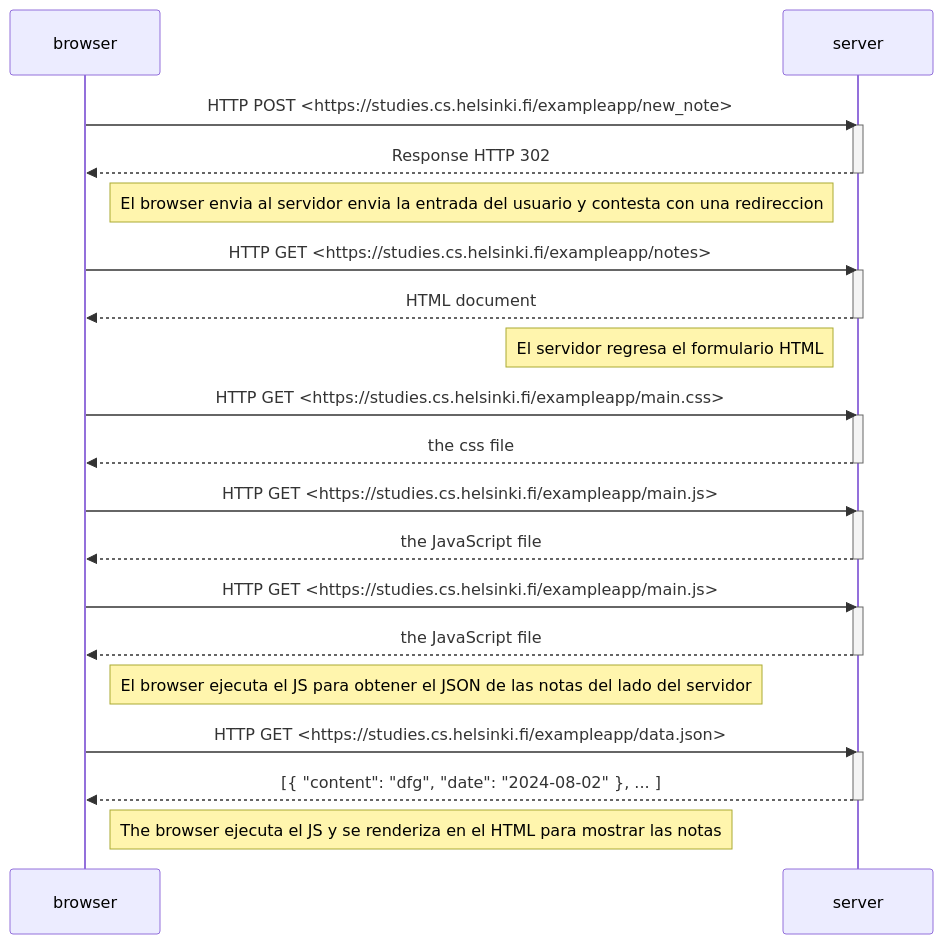
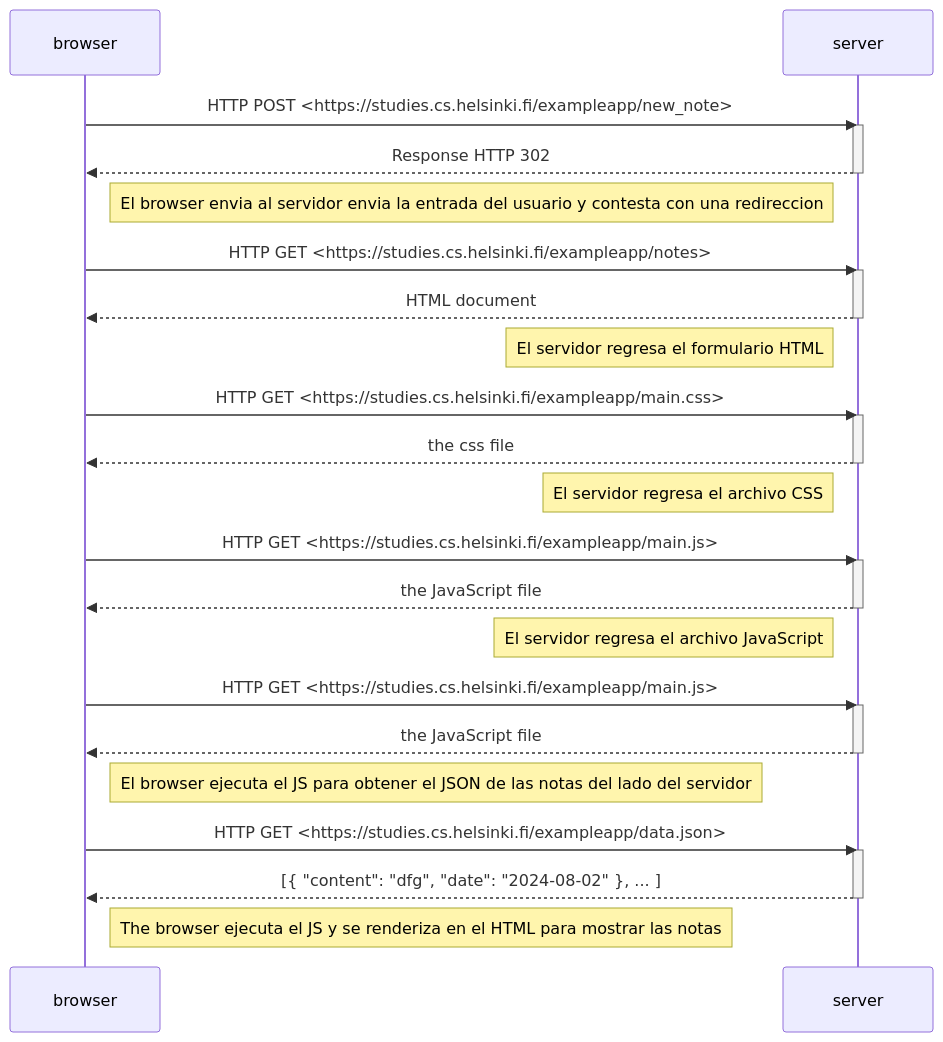
Before and after one commit to sirknio/exerc_hels_0: the first of 3 diagrams in README.md, drawn with Mermaid. The commit also changed other lines of this file, not shown here.

````diff
--- a/README.md
+++ b/README.md
@@ -6,47 +6,51 @@
 ```mermaid
 
 sequenceDiagram
     participant browser
     participant server
 
     browser->>server: HTTP POST <https://studies.cs.helsinki.fi/exampleapp/new_note>
     activate server
     server-->>browser: Response HTTP 302
     deactivate server
 
     Note right of browser: El browser envia al servidor envia la entrada del usuario y contesta con una redireccion
 
     browser->>server: HTTP GET <https://studies.cs.helsinki.fi/exampleapp/notes>
     activate server
     server-->>browser: HTML document
     deactivate server
 
     Note left of server: El servidor regresa el formulario HTML
 
     browser->>server: HTTP GET <https://studies.cs.helsinki.fi/exampleapp/main.css>
     activate server
     server-->>browser: the css file
     deactivate server
 
+    Note left of server: El servidor regresa el archivo CSS
+
     browser->>server: HTTP GET <https://studies.cs.helsinki.fi/exampleapp/main.js>
     activate server
     server-->>browser: the JavaScript file
     deactivate server
+
+    Note left of server: El servidor regresa el archivo JavaScript
 
     browser->>server: HTTP GET <https://studies.cs.helsinki.fi/exampleapp/main.js>
     activate server
     server-->>browser: the JavaScript file
     deactivate server
 
     Note right of browser: El browser ejecuta el JS para obtener el JSON de las notas del lado del servidor
 
 
     browser->>server: HTTP GET <https://studies.cs.helsinki.fi/exampleapp/data.json>
     activate server
     server-->>browser: [{ "content": "dfg", "date": "2024-08-02" }, ... ]
     deactivate server
 
     Note right of browser: The browser ejecuta el JS y se renderiza en el HTML para mostrar las notas
 
 
 ```
````
